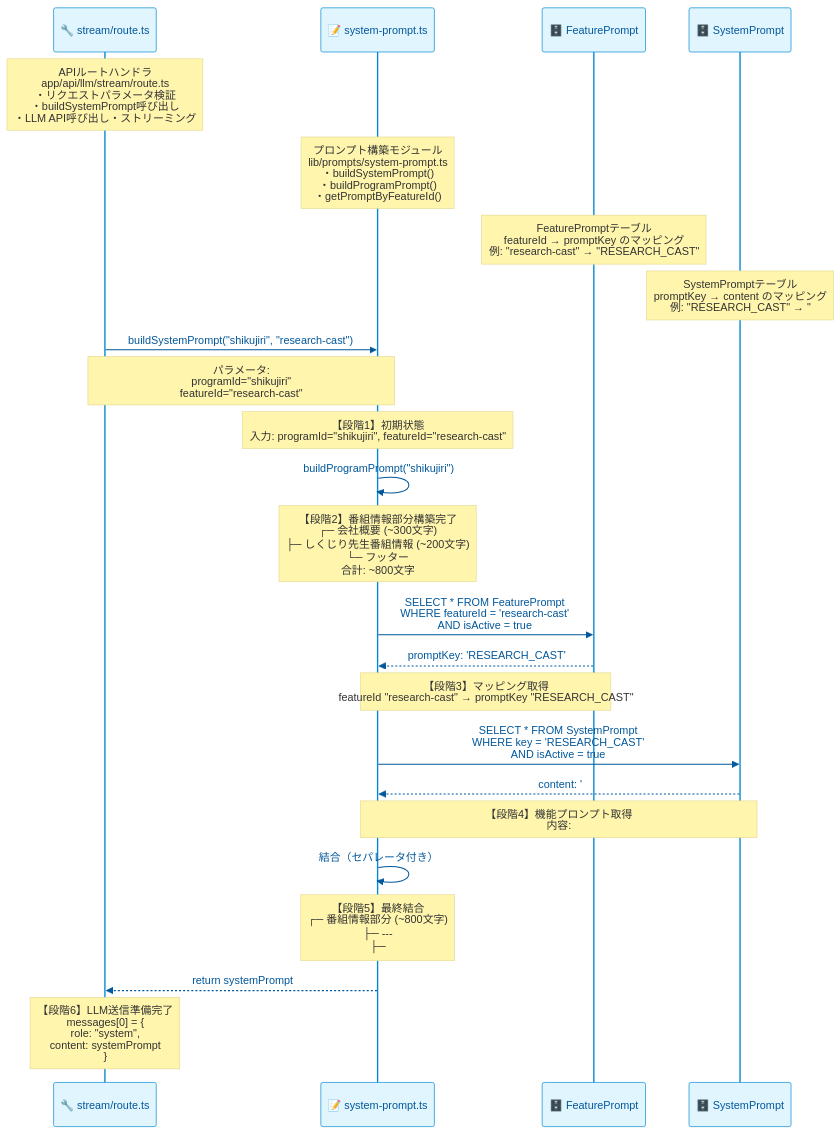
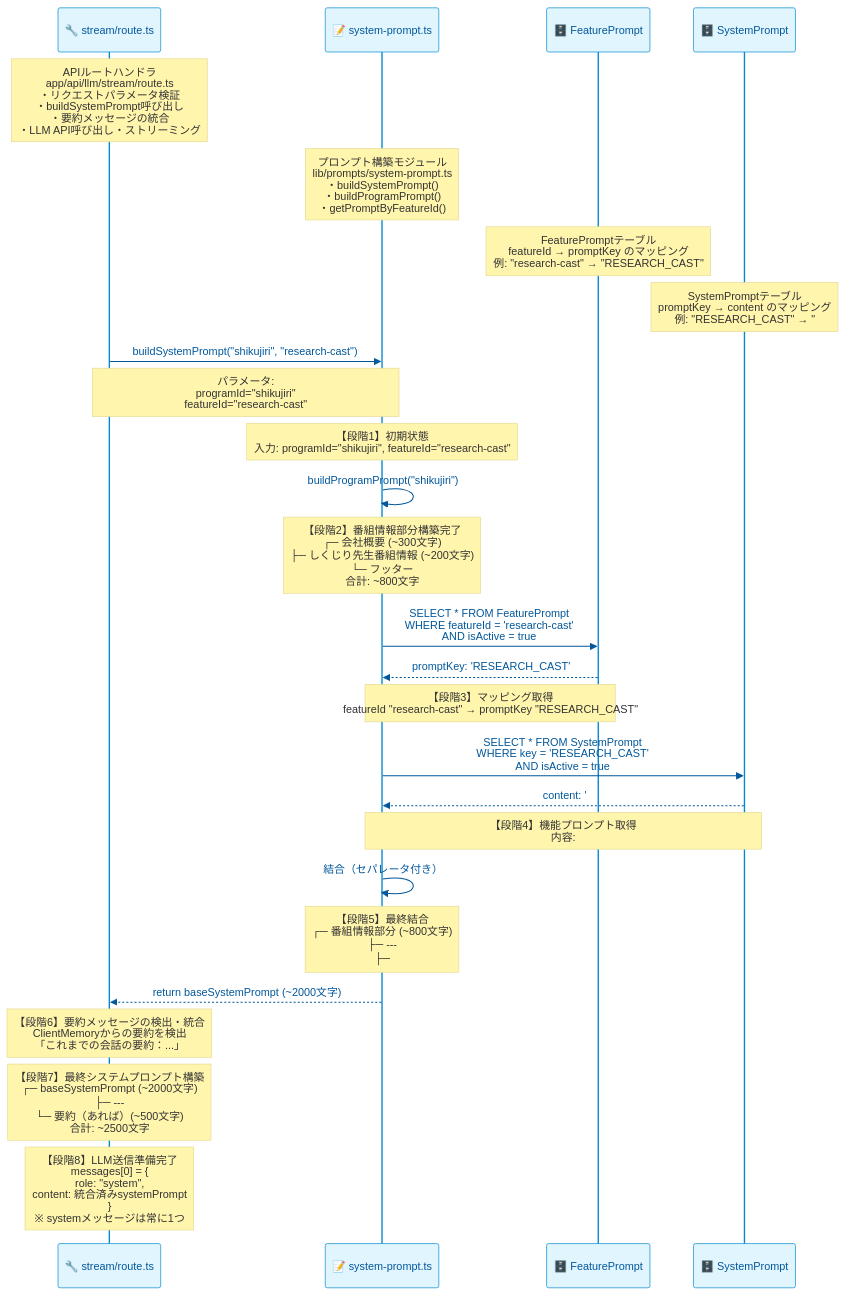
Before and after one commit to langcore-org/united-productions-web: the third of 8 diagrams in docs/specs/api-integration/system-prompt-generation.md, drawn with Mermaid. The commit also changed other lines of this file and 28 other files, not shown here.

````diff
--- a/docs/specs/api-integration/system-prompt-generation.md
+++ b/docs/specs/api-integration/system-prompt-generation.md
@@ -109,35 +109,40 @@
 ```mermaid
 %%{init: {'theme': 'base', 'themeVariables': { 'primaryColor': '#e1f5fe', 'primaryTextColor': '#01579b', 'primaryBorderColor': '#0288d1', 'lineColor': '#0288d1', 'secondaryColor': '#fff3e0', 'tertiaryColor': '#e8f5e9', 'actorBkgColor': '#e1f5fe', 'actorTextColor': '#01579b', 'actorLineColor': '#0288d1', 'background': '#fafafa'}}}%%
 sequenceDiagram
     participant API as 🔧 stream/route.ts
     participant SP as 📝 system-prompt.ts
     participant DB1 as 🗄️ FeaturePrompt
     participant DB2 as 🗄️ SystemPrompt
 
-    Note over API: APIルートハンドラ<br/>app/api/llm/stream/route.ts<br/>・リクエストパラメータ検証<br/>・buildSystemPrompt呼び出し<br/>・LLM API呼び出し・ストリーミング
+    Note over API: APIルートハンドラ<br/>app/api/llm/stream/route.ts<br/>・リクエストパラメータ検証<br/>・buildSystemPrompt呼び出し<br/>・要約メッセージの統合<br/>・LLM API呼び出し・ストリーミング
     Note over SP: プロンプト構築モジュール<br/>lib/prompts/system-prompt.ts<br/>・buildSystemPrompt()<br/>・buildProgramPrompt()<br/>・getPromptByFeatureId()
     Note over DB1: FeaturePromptテーブル<br/>featureId → promptKey のマッピング<br/>例: "research-cast" → "RESEARCH_CAST"
     Note over DB2: SystemPromptテーブル<br/>promptKey → content のマッピング<br/>例: "RESEARCH_CAST" → "## 出演者リサーチ..."
 
     API->>SP: buildSystemPrompt("shikujiri", "research-cast")
     Note over API,SP: パラメータ:<br/>programId="shikujiri"<br/>featureId="research-cast"
 
     Note over SP: 【段階1】初期状態<br/>入力: programId="shikujiri", featureId="research-cast"
 
     SP->>SP: buildProgramPrompt("shikujiri")
     Note over SP: 【段階2】番組情報部分構築完了<br/>┌─ 会社概要 (~300文字)<br/>├─ しくじり先生番組情報 (~200文字)<br/>└─ フッター<br/>合計: ~800文字
 
     SP->>DB1: SELECT * FROM FeaturePrompt<br/>WHERE featureId = 'research-cast'<br/>AND isActive = true
     DB1-->>SP: promptKey: 'RESEARCH_CAST'
     Note over SP,DB1: 【段階3】マッピング取得<br/>featureId "research-cast" → promptKey "RESEARCH_CAST"
 
     SP->>DB2: SELECT * FROM SystemPrompt<br/>WHERE key = 'RESEARCH_CAST'<br/>AND isActive = true
     DB2-->>SP: content: '## 出演者リサーチ...'
     Note over SP,DB2: 【段階4】機能プロンプト取得<br/>内容: ## 出演者リサーチ<br/>ツール使用指示等 (~1200文字)
 
     SP->>SP: 結合（セパレータ付き）
     Note over SP: 【段階5】最終結合<br/>┌─ 番組情報部分 (~800文字)<br/>├─ ---<br/>├─ ## 機能固有の指示<br/>└─ 機能プロンプト (~1200文字)<br/>合計: ~2000文字
 
-    SP-->>API: return systemPrompt
-    Note over API: 【段階6】LLM送信準備完了<br/>messages[0] = {<br/>  role: "system",<br/>  content: systemPrompt<br/>}
+    SP-->>API: return baseSystemPrompt (~2000文字)
+
+    Note over API: 【段階6】要約メッセージの検出・統合<br/>ClientMemoryからの要約を検出<br/>「これまでの会話の要約：...」
+
+    Note over API: 【段階7】最終システムプロンプト構築<br/>┌─ baseSystemPrompt (~2000文字)<br/>├─ ---<br/>└─ 要約（あれば）(~500文字)<br/>合計: ~2500文字
+
+    Note over API: 【段階8】LLM送信準備完了<br/>messages[0] = {<br/>  role: "system",<br/>  content: 統合済みsystemPrompt<br/>}<br/>※ systemメッセージは常に1つ
 ```
````
